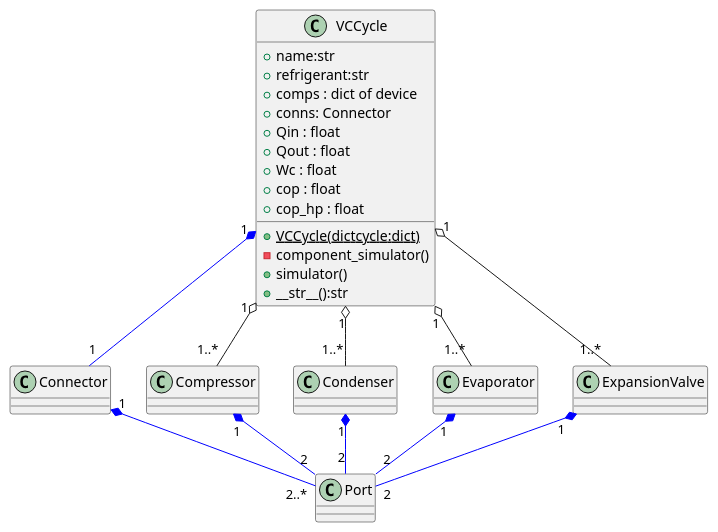
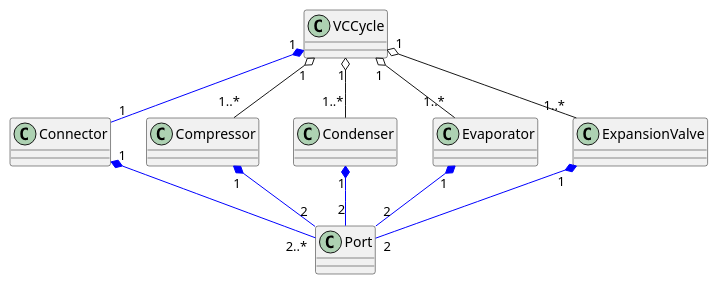
Before and after one commit to thermalogic/SimVCCE: the diagram in doc/uml/puml/vccycle_relation_instance.puml, drawn with PlantUML. The commit also changed 10 other files, not shown here.

```diff
--- a/doc/uml/puml/vccycle_relation_instance.puml
+++ b/doc/uml/puml/vccycle_relation_instance.puml
@@ -1,28 +1,13 @@
 @startuml
-class VCCycle {
-      + name:str
-      + refrigerant:str
-      + comps : dict of device
-      + conns: Connector
-      + Qin : float
-      + Qout : float
-      + Wc : float
-      + cop : float
-      + cop_hp : float
-      + {static} VCCycle(dictcycle:dict)
-      - component_simulator()
-      + simulator()
-      + __str__():str
-}
 VCCycle "1" *-[#blue]- "1" Connector
 VCCycle "1" o-- "1..*" Compressor
 VCCycle "1" o-- "1..*" Condenser
 VCCycle "1" o-- "1..*" Evaporator
 VCCycle "1" o-- "1..*" ExpansionValve
 
 Connector "1" *-[#blue]- "2..*" Port
 Compressor "1" *-[#blue]- "2"  Port
 Condenser "1" *-[#blue]- "2" Port
 Evaporator "1" *-[#blue]- "2" Port
 ExpansionValve "1" *-[#blue]- "2" Port
 @enduml
```
